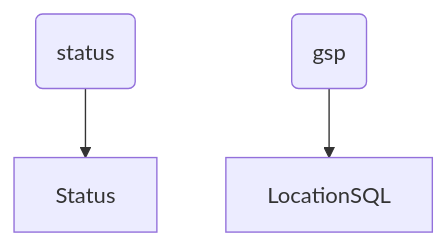
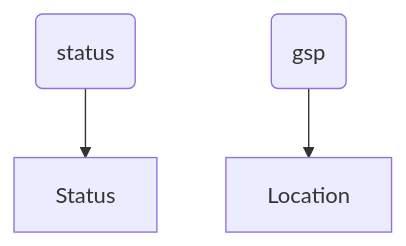
Before and after one commit to openclimatefix/uk-pv-national-gsp-api: the third of 3 diagrams in README.md, drawn with Mermaid. The commit also changed other lines of this file, not shown here.

First line of the commit message:
update diagram (#235)

````diff
--- a/README.md
+++ b/README.md
@@ -136,9 +122,9 @@
 ```mermaid
   graph TD;
       G1(status)-->G2;
       G2[Status];
 
       G3(gsp)-->G4
-      G4[LocationSQL]
+      G4[Location]
 
 ```
````
